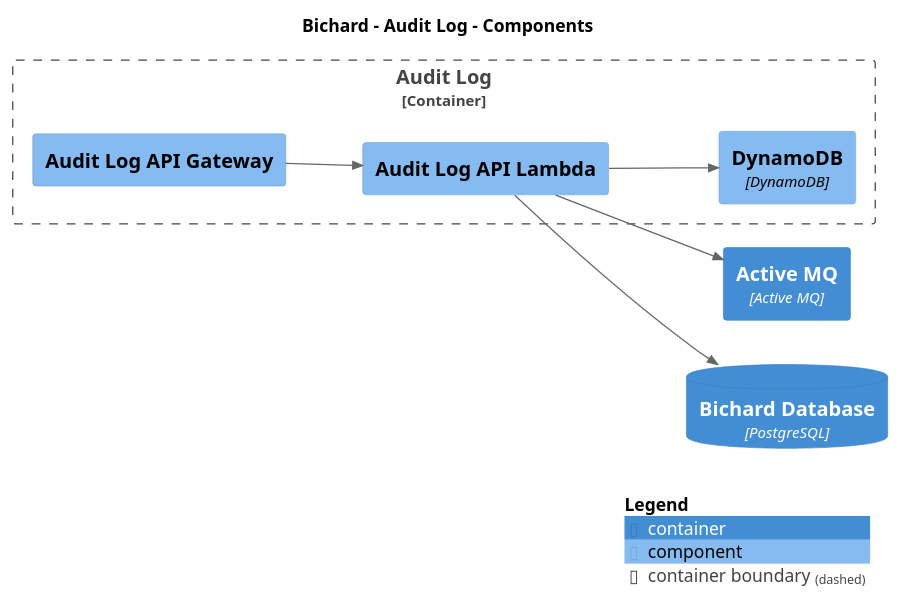
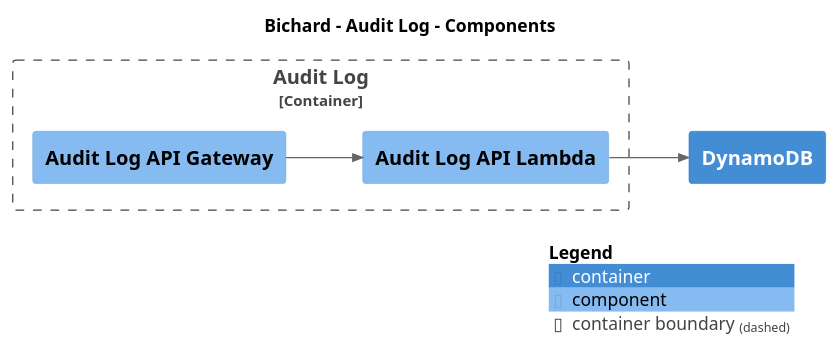
Before and after one commit to ministryofjustice/bichard7-next-core: the diagram in main/puml/Component-004.puml, drawn with PlantUML. The commit also changed 71 other files, not shown here.

```diff
--- a/main/puml/Component-004.puml
+++ b/main/puml/Component-004.puml
@@ -1,27 +1,23 @@
 @startuml
 set separator none
 title Bichard - Audit Log - Components
 
 left to right direction
 
 !include <C4/C4>
 !include <C4/C4_Context>
 !include <C4/C4_Container>
 !include <C4/C4_Component>
 
-Container(Bichard.ActiveMQ, "Active MQ", $techn="Active MQ", $descr="", $tags="", $link="")
-ContainerDb(Bichard.BichardDatabase, "Bichard Database", $techn="PostgreSQL", $descr="", $tags="", $link="")
+Container(Bichard.DynamoDB, "DynamoDB", $techn="", $descr="", $tags="", $link="")
 
 Container_Boundary("Bichard.AuditLog_boundary", "Audit Log", $tags="") {
   Component(Bichard.AuditLog.AuditLogAPIGateway, "Audit Log API Gateway", $techn="", $descr="", $tags="", $link="")
   Component(Bichard.AuditLog.AuditLogAPILambda, "Audit Log API Lambda", $techn="", $descr="", $tags="", $link="")
-  Component(Bichard.AuditLog.DynamoDB, "DynamoDB", $techn="DynamoDB", $descr="", $tags="", $link="")
 }
 
-Rel(Bichard.AuditLog.AuditLogAPILambda, Bichard.AuditLog.DynamoDB, "", $techn="", $tags="", $link="")
-Rel(Bichard.AuditLog.AuditLogAPILambda, Bichard.BichardDatabase, "", $techn="", $tags="", $link="")
-Rel(Bichard.AuditLog.AuditLogAPILambda, Bichard.ActiveMQ, "", $techn="", $tags="", $link="")
 Rel(Bichard.AuditLog.AuditLogAPIGateway, Bichard.AuditLog.AuditLogAPILambda, "", $techn="", $tags="", $link="")
+Rel(Bichard.AuditLog.AuditLogAPILambda, Bichard.DynamoDB, "", $techn="", $tags="", $link="")
 
 SHOW_LEGEND(true)
 @enduml
```
